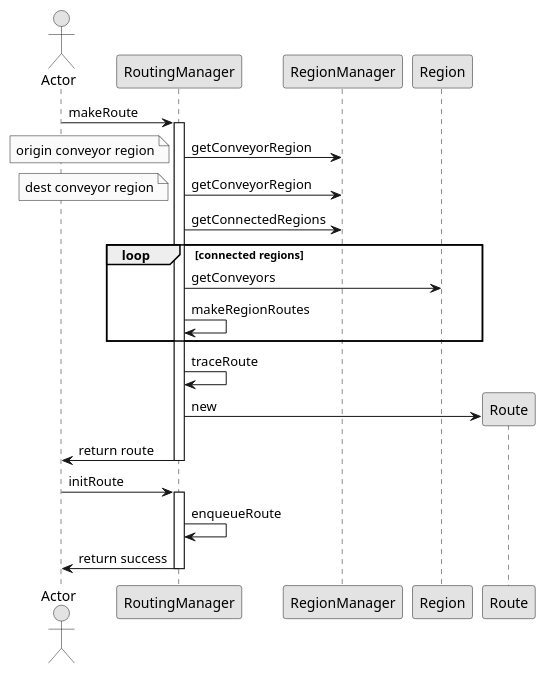
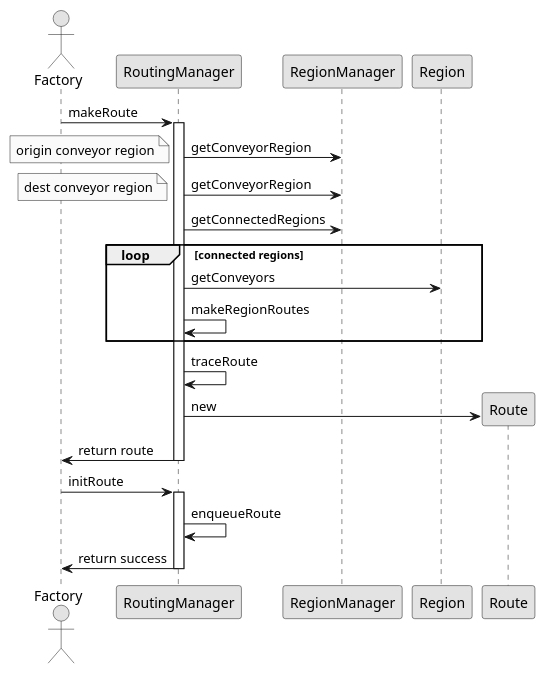
Before and after one commit to avrocha/plant-floor-control: the diagram in docs/sequence_uml/routing_manager.puml, drawn with PlantUML. The commit also changed 2 other files, not shown here.

Commit message:
UML: Change actor name
References: #1 #2 #3

```diff
--- a/docs/sequence_uml/routing_manager.puml
+++ b/docs/sequence_uml/routing_manager.puml
@@ -1,38 +1,38 @@
 @startuml
 skinparam linetype ortho
 skinparam Monochrome true
 skinparam classAttributeIconSize 0
 
-actor Actor as Actor
+actor Factory as Factory
 
-Actor -> RoutingManager: makeRoute
+Factory -> RoutingManager: makeRoute
 activate RoutingManager
 
 RoutingManager -> RegionManager: getConveyorRegion
 note left: origin conveyor region
 
 RoutingManager -> RegionManager: getConveyorRegion
 note left: dest conveyor region
 
 RoutingManager -> RegionManager: getConnectedRegions
 
 loop connected regions
     RoutingManager -> Region: getConveyors
     RoutingManager -> RoutingManager: makeRegionRoutes
 end
 
 RoutingManager -> RoutingManager: traceRoute
 
 create Route
 RoutingManager -> Route: new
 
-RoutingManager -> Actor: return route
+RoutingManager -> Factory: return route
 
 deactivate RoutingManager
 
-Actor -> RoutingManager: initRoute
+Factory -> RoutingManager: initRoute
 activate RoutingManager
 RoutingManager -> RoutingManager: enqueueRoute
-RoutingManager -> Actor: return success
+RoutingManager -> Factory: return success
 deactivate RoutingManager
 @enduml
```
